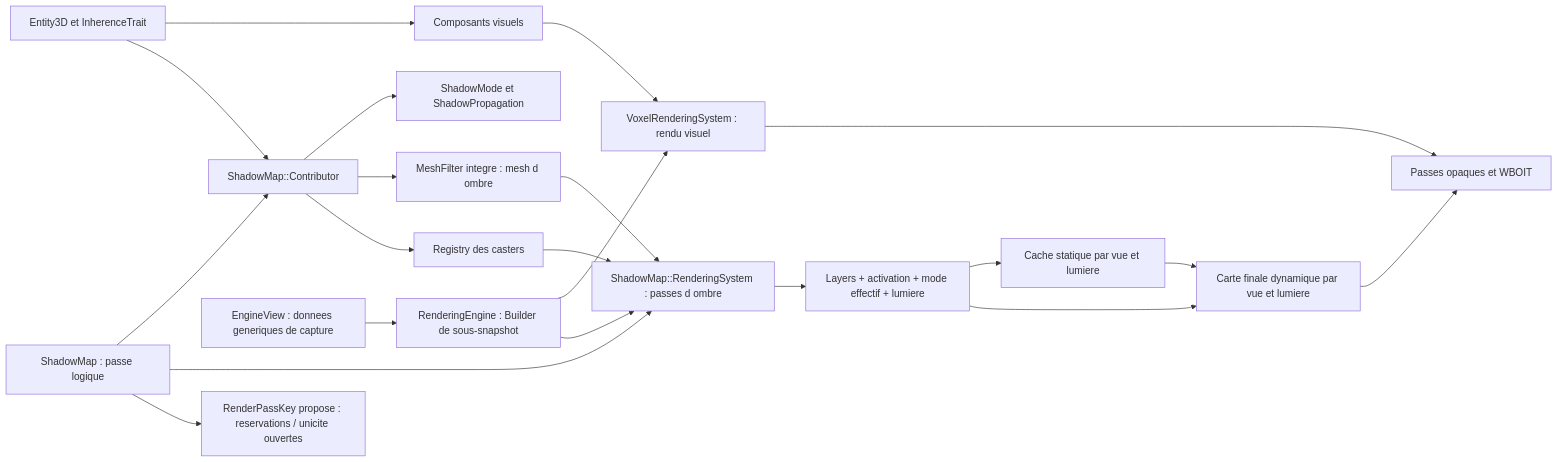
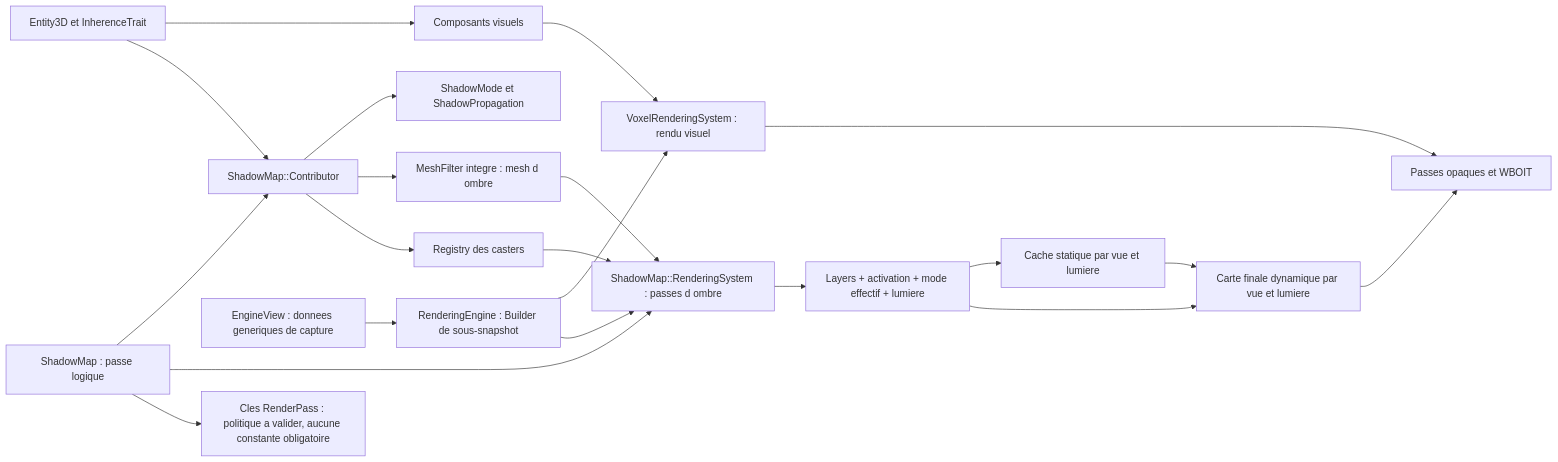
One commit to EreliaStudio/Sparkle changed the sixth of 14 diagrams in docs/voxel-engine-v0.1.4-specification.md. Above: the diagram before and after it, drawn with Mermaid. The commit also changed other lines of this file, not shown here.

Commit message:
docs(v0.1.4): avoid prescribing a static ShadowMap RenderPass key before scheduling decision

````diff
--- a/docs/voxel-engine-v0.1.4-specification.md
+++ b/docs/voxel-engine-v0.1.4-specification.md
@@ -603,23 +603,23 @@
 ```mermaid
 flowchart LR
   Entity["Entity3D et InherenceTrait"] --> Visual["Composants visuels"]
   Entity --> ShadowComp["ShadowMap::Contributor"]
   M["ShadowMap : passe logique"] --> ShadowComp
   M --> SR
-  M --> PassKey["RenderPassKey propose : reservations / unicite ouvertes"]
+  M --> PassKey["Cles RenderPass : politique a valider, aucune constante obligatoire"]
   ShadowComp --> ShadowMode["ShadowMode et ShadowPropagation"]
   ShadowComp --> Filter["MeshFilter integre : mesh d ombre"]
   Visual --> VR["VoxelRenderingSystem : rendu visuel"]
   VR --> Scene["Passes opaques et WBOIT"]
   ShadowComp --> Registry["Registry des casters"]
   Registry --> SR["ShadowMap::RenderingSystem : passes d ombre"]
   SR --> Checks["Layers + activation + mode effectif + lumiere"]
   Filter --> SR
   Checks --> SM["Cache statique par vue et lumiere"]
   Checks --> FM["Carte finale dynamique par vue et lumiere"]
   SM --> FM
   FM --> Scene
   View["EngineView : donnees generiques de capture"] --> Builder["RenderingEngine : Builder de sous-snapshot"]
   Builder --> VR
   Builder --> SR
 ```
````
